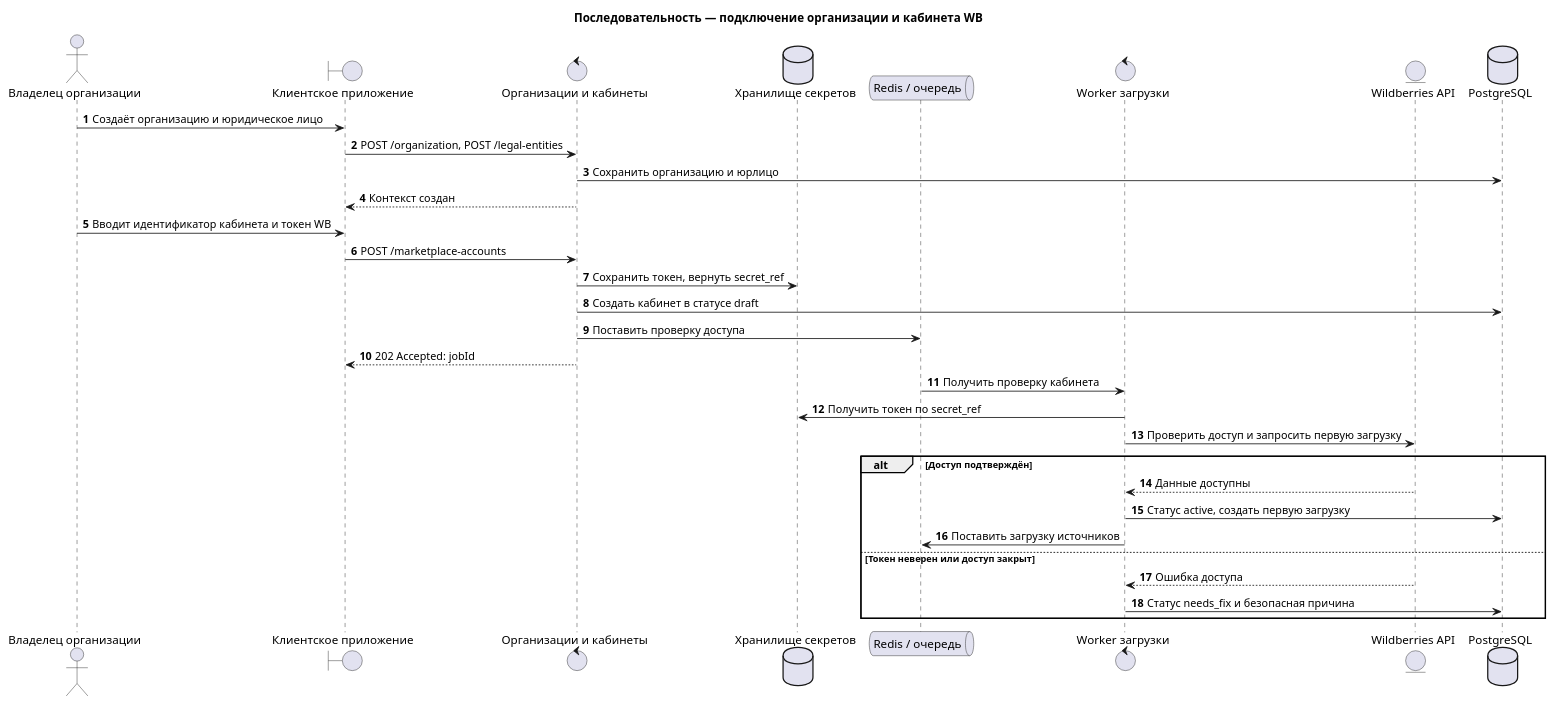
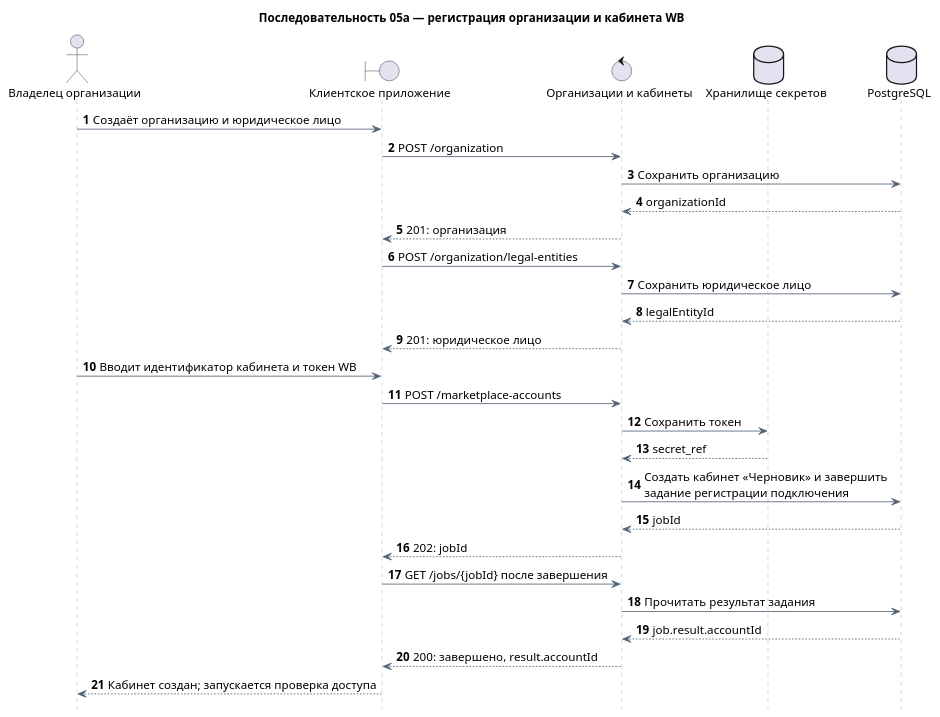
Before and after one commit to onlyuncia/grafio-product-docs: the diagram in docs/architecture/sequence/05-wb-account-onboarding.puml, drawn with PlantUML. The commit also changed 152 other files, not shown here.

```diff
--- a/docs/architecture/sequence/05-wb-account-onboarding.puml
+++ b/docs/architecture/sequence/05-wb-account-onboarding.puml
@@ -1,36 +1,44 @@
 @startuml
-title Последовательность — подключение организации и кабинета WB
+title Последовательность 05а — регистрация организации и кабинета WB
 autonumber
+hide footbox
+
+skinparam defaultFontName Arial
+skinparam defaultFontSize 14
+skinparam sequence {
+  ArrowColor #526274
+  LifeLineBorderColor #94A3B8
+  ParticipantBackgroundColor #EAF2FC
+  ParticipantBorderColor #5289C2
+  GroupBorderColor #64748B
+  GroupHeaderBackgroundColor #EAF2FC
+}
 
 actor "Владелец организации" as Owner
 boundary "Клиентское приложение" as UI
 control "Организации и кабинеты" as Org
 database "Хранилище секретов" as Secrets
-queue "Redis / очередь" as Queue
-control "Worker загрузки" as Worker
-entity "Wildberries API" as WB
 database "PostgreSQL" as DB
 
 Owner -> UI : Создаёт организацию и юридическое лицо
-UI -> Org : POST /organization, POST /legal-entities
-Org -> DB : Сохранить организацию и юрлицо
-Org --> UI : Контекст создан
+UI -> Org : POST /organization
+Org -> DB : Сохранить организацию
+DB --> Org : organizationId
+Org --> UI : 201: организация
+UI -> Org : POST /organization/legal-entities
+Org -> DB : Сохранить юридическое лицо
+DB --> Org : legalEntityId
+Org --> UI : 201: юридическое лицо
 Owner -> UI : Вводит идентификатор кабинета и токен WB
 UI -> Org : POST /marketplace-accounts
-Org -> Secrets : Сохранить токен, вернуть secret_ref
-Org -> DB : Создать кабинет в статусе draft
-Org -> Queue : Поставить проверку доступа
-Org --> UI : 202 Accepted: jobId
-Queue -> Worker : Получить проверку кабинета
-Worker -> Secrets : Получить токен по secret_ref
-Worker -> WB : Проверить доступ и запросить первую загрузку
-
-alt Доступ подтверждён
-  WB --> Worker : Данные доступны
-  Worker -> DB : Статус active, создать первую загрузку
-  Worker -> Queue : Поставить загрузку источников
-else Токен неверен или доступ закрыт
-  WB --> Worker : Ошибка доступа
-  Worker -> DB : Статус needs_fix и безопасная причина
-end
+Org -> Secrets : Сохранить токен
+Secrets --> Org : secret_ref
+Org -> DB : Создать кабинет «Черновик» и завершить\nзадание регистрации подключения
+DB --> Org : jobId
+Org --> UI : 202: jobId
+UI -> Org : GET /jobs/{jobId} после завершения
+Org -> DB : Прочитать результат задания
+DB --> Org : job.result.accountId
+Org --> UI : 200: завершено, result.accountId
+UI --> Owner : Кабинет создан; запускается проверка доступа
 @enduml
```
